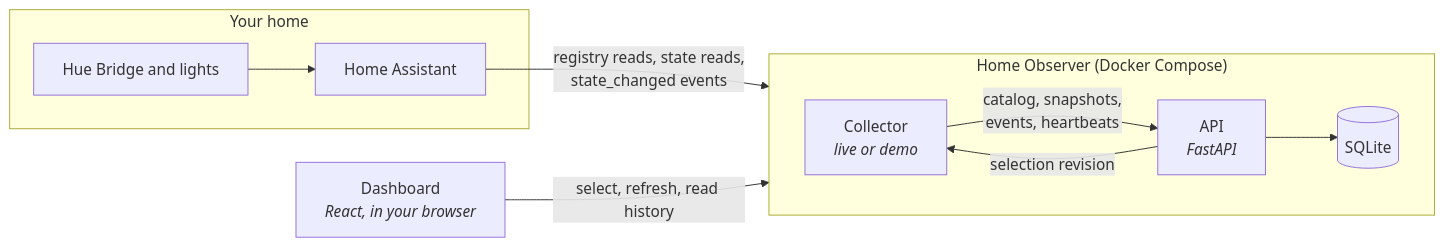
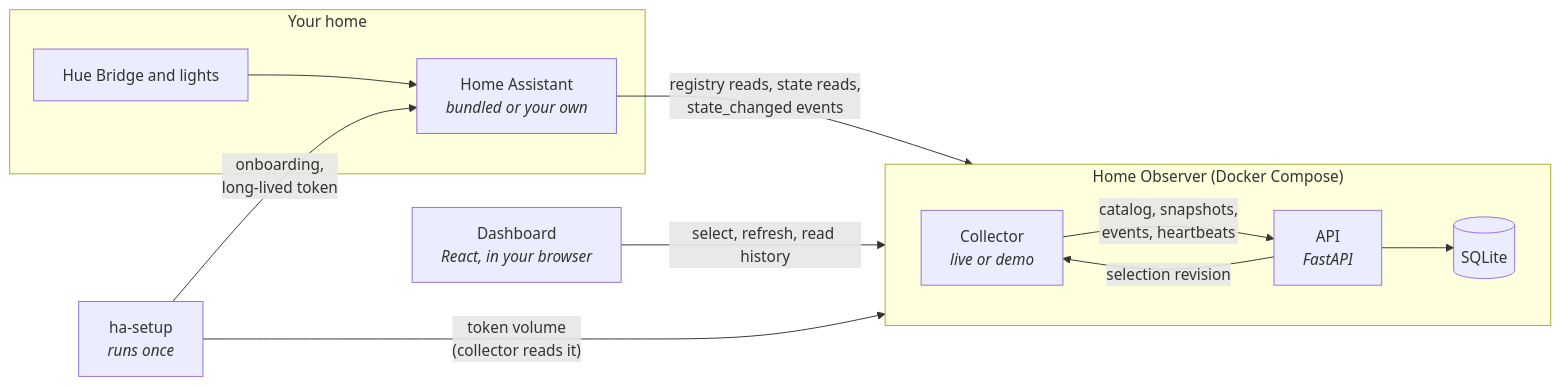
Before and after one commit to alitaghub/home-keeper: the first of 2 diagrams in docs/architecture.md, drawn with Mermaid. The commit also changed other lines of this file and 36 other files, not shown here.

First line of the commit message:
feat: start a bundled Home Assistant with one command (#4)

````diff
--- a/docs/architecture.md
+++ b/docs/architecture.md
@@ -7,21 +8,24 @@
 ```mermaid
 flowchart LR
     subgraph home["Your home"]
         hue["Hue Bridge and lights"]
-        ha["Home Assistant"]
+        ha["Home Assistant<br/><i>bundled or your own</i>"]
         hue --> ha
     end
+
+    setup["ha-setup<br/><i>runs once</i>"] -- "onboarding,<br/>long-lived token" --> ha
+    setup -- "token volume<br/>(collector reads it)" --> collector
 
     subgraph observer["Home Observer (Docker Compose)"]
         direction LR
         collector["Collector<br/><i>live or demo</i>"]
         api["API<br/><i>FastAPI</i>"]
         db[("SQLite")]
         collector -- "catalog, snapshots,<br/>events, heartbeats" --> api
         api -- "selection revision" --> collector
         api --> db
     end
 
     ha -- "registry reads, state reads,<br/>state_changed events" --> collector
     browser["Dashboard<br/><i>React, in your browser</i>"] -- "select, refresh, read history" --> api
 ```
````
